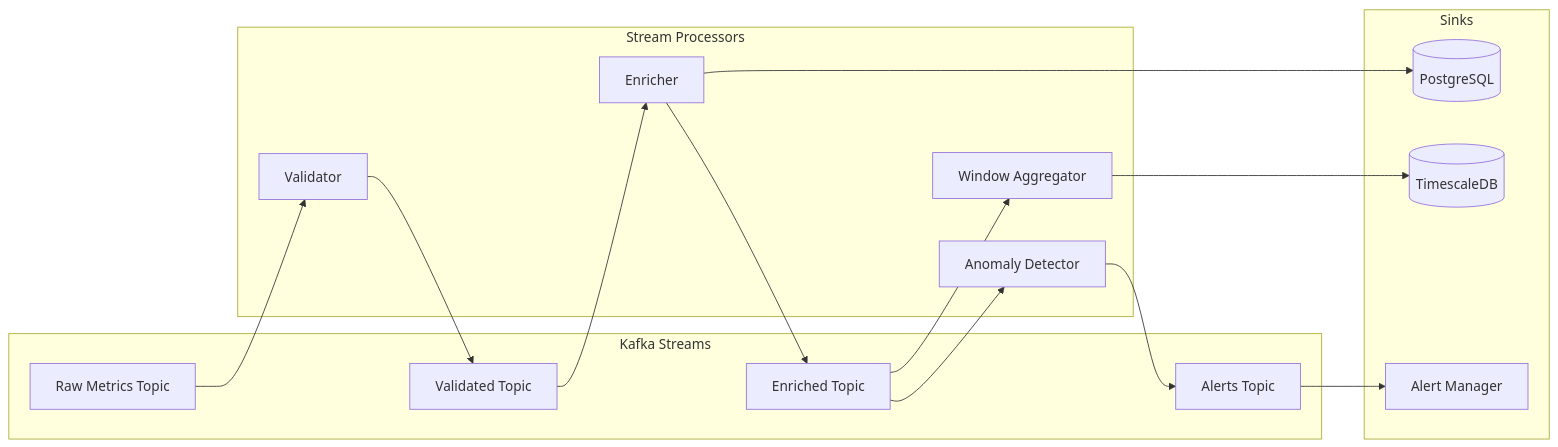
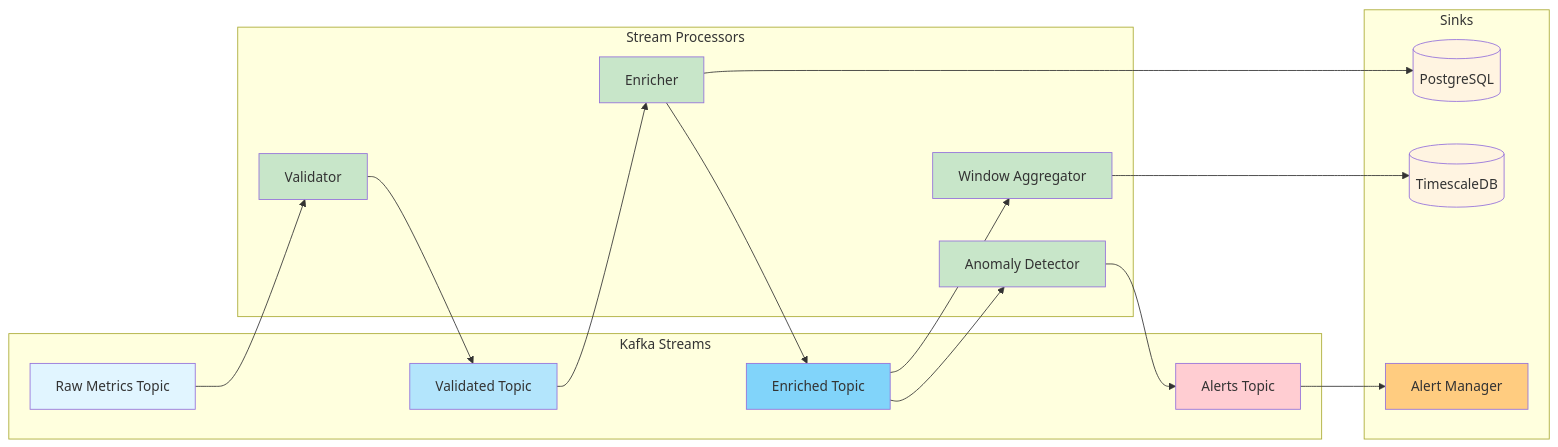
One commit to SolidRegardless/gpu-health-monitor changed the third of 12 diagrams in gpu-health-system-architecture.md. Above: the diagram before and after it, drawn with Mermaid. The commit also changed other lines of this file, not shown here.

Commit message:
Add color-coded Mermaid diagrams to system architecture document

````diff
--- a/gpu-health-system-architecture.md
+++ b/gpu-health-system-architecture.md
@@ -189,34 +221,46 @@
 ```mermaid
 graph LR
     subgraph "Kafka Streams"
         Raw[Raw Metrics Topic]
         Validated[Validated Topic]
         Enriched[Enriched Topic]
         Alerts[Alerts Topic]
     end
     
     subgraph "Stream Processors"
         V[Validator]
         E[Enricher]
         A[Anomaly Detector]
         W[Window Aggregator]
     end
     
     subgraph "Sinks"
         TSDB[(TimescaleDB)]
         RDBMS[(PostgreSQL)]
         Alert[Alert Manager]
     end
     
     Raw --> V
     V --> Validated
     Validated --> E
     E --> Enriched
     Enriched --> A
     Enriched --> W
     
     A --> Alerts
     W --> TSDB
     E --> RDBMS
     Alerts --> Alert
+    
+    style Raw fill:#e1f5ff
+    style Validated fill:#b3e5fc
+    style Enriched fill:#81d4fa
+    style Alerts fill:#ffcdd2
+    style V fill:#c8e6c9
+    style E fill:#c8e6c9
+    style A fill:#c8e6c9
+    style W fill:#c8e6c9
+    style TSDB fill:#fff4e1
+    style RDBMS fill:#fff4e1
+    style Alert fill:#ffcc80
 ```
````
